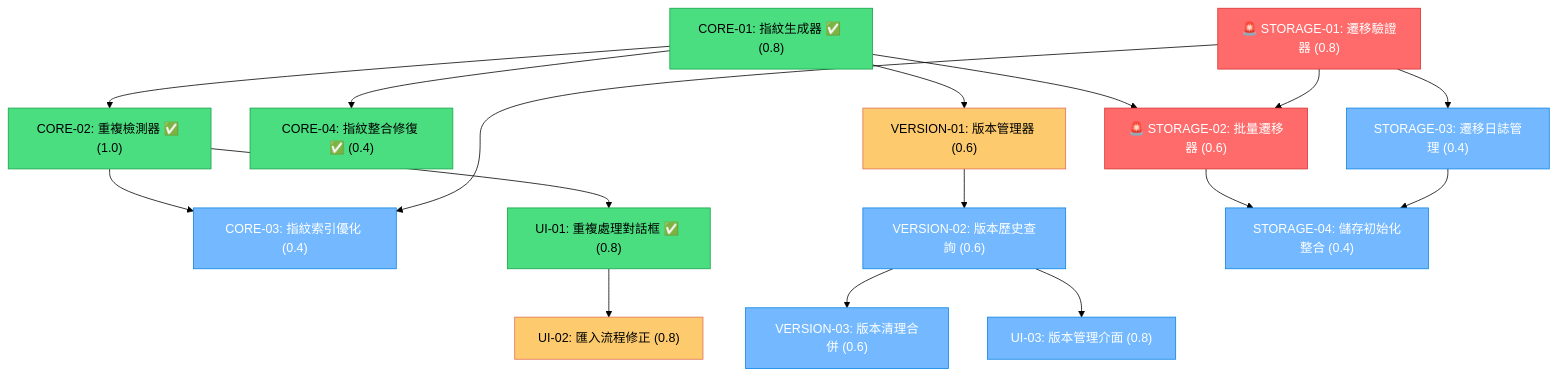
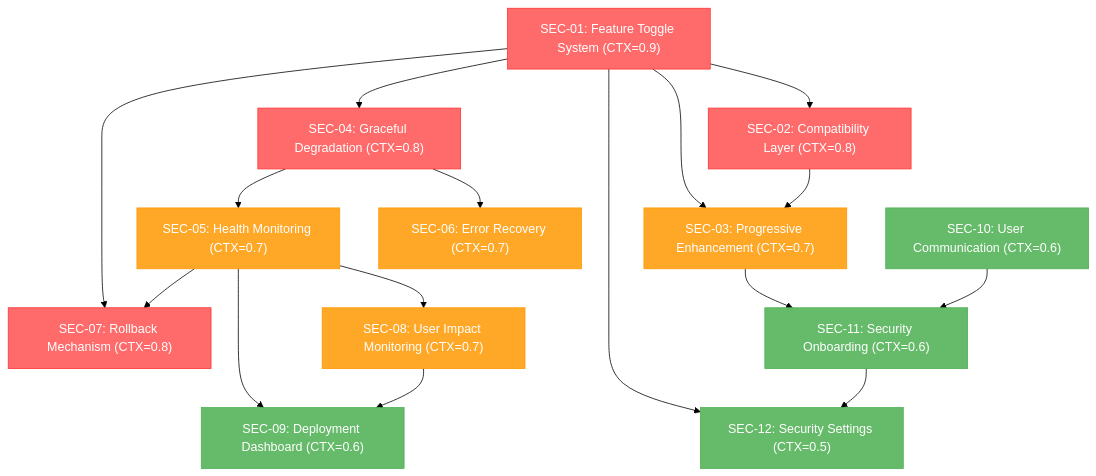
The diagram in docs/tasks.md (iim0663418/DB-Card), drawn with Mermaid (forest theme) before and after one commit. The commit also changed other lines of this file and 44 other files, not shown here.

````diff
--- a/docs/tasks.md
+++ b/docs/tasks.md
@@ -94,33 +84,30 @@
 ```mermaid
 graph TD
-    CORE-01["CORE-01: 指紋生成器 ✅ (0.8)"] --> CORE-02["CORE-02: 重複檢測器 ✅ (1.0)"]
-    CORE-01 --> CORE-04["CORE-04: 指紋整合修復 ✅ (0.4)"]
-    CORE-01 --> VERSION-01["VERSION-01: 版本管理器 (0.6)"]
-    CORE-01 --> STORAGE-02["🚨 STORAGE-02: 批量遷移器 (0.6)"]
+    SEC-01["SEC-01: Feature Toggle System (CTX=0.9)"] --> SEC-02["SEC-02: Compatibility Layer (CTX=0.8)"]
+    SEC-01 --> SEC-03["SEC-03: Progressive Enhancement (CTX=0.7)"]
+    SEC-01 --> SEC-07["SEC-07: Rollback Mechanism (CTX=0.8)"]
+    SEC-01 --> SEC-12["SEC-12: Security Settings (CTX=0.5)"]
     
-    CORE-02 --> CORE-03["CORE-03: 指紋索引優化 (0.4)"]
-    CORE-02 --> UI-01["UI-01: 重複處理對話框 ✅ (0.8)"]
+    SEC-02 --> SEC-03
+    SEC-03 --> SEC-11["SEC-11: Security Onboarding (CTX=0.6)"]
     
-    VERSION-01 --> VERSION-02["VERSION-02: 版本歷史查詢 (0.6)"]
-    VERSION-02 --> VERSION-03["VERSION-03: 版本清理合併 (0.6)"]
-    VERSION-02 --> UI-03["UI-03: 版本管理介面 (0.8)"]
+    SEC-01 --> SEC-04["SEC-04: Graceful Degradation (CTX=0.8)"]
+    SEC-04 --> SEC-05["SEC-05: Health Monitoring (CTX=0.7)"]
+    SEC-04 --> SEC-06["SEC-06: Error Recovery (CTX=0.7)"]
     
-    UI-01 --> UI-02["UI-02: 匯入流程修正 (0.8)"]
+    SEC-05 --> SEC-07
+    SEC-05 --> SEC-08["SEC-08: User Impact Monitoring (CTX=0.7)"]
+    SEC-05 --> SEC-09["SEC-09: Deployment Dashboard (CTX=0.6)"]
     
-    STORAGE-01["🚨 STORAGE-01: 遷移驗證器 (0.8)"] --> CORE-03
-    STORAGE-01 --> STORAGE-02
-    STORAGE-01 --> STORAGE-03["STORAGE-03: 遷移日誌管理 (0.4)"]
+    SEC-08 --> SEC-09
+    SEC-10["SEC-10: User Communication (CTX=0.6)"] --> SEC-11
+    SEC-11 --> SEC-12
     
-    STORAGE-02 --> STORAGE-04["STORAGE-04: 儲存初始化整合 (0.4)"]
-    STORAGE-03 --> STORAGE-04
+    classDef critical fill:#ff6b6b,stroke:#ff3333,color:#fff
+    classDef major fill:#ffa726,stroke:#ff9800,color:#fff
+    classDef medium fill:#66bb6a,stroke:#4caf50,color:#fff
     
-    classDef critical fill:#ff6b6b,stroke:#d63031,color:#fff
-    classDef completed fill:#4ade80,stroke:#16a34a,color:#000
-    classDef high fill:#fdcb6e,stroke:#e17055,color:#000
-    classDef medium fill:#74b9ff,stroke:#0984e3,color:#fff
-    
-    class STORAGE-01,STORAGE-02 critical
-    class CORE-01,CORE-02,CORE-04,UI-01 completed
-    class VERSION-01,UI-02 high
-    class CORE-03,VERSION-02,VERSION-03,UI-03,STORAGE-03,STORAGE-04 medium
+    class SEC-01,SEC-02,SEC-04,SEC-07 critical
+    class SEC-03,SEC-05,SEC-06,SEC-08 major
+    class SEC-09,SEC-10,SEC-11,SEC-12 medium
 ```
````
